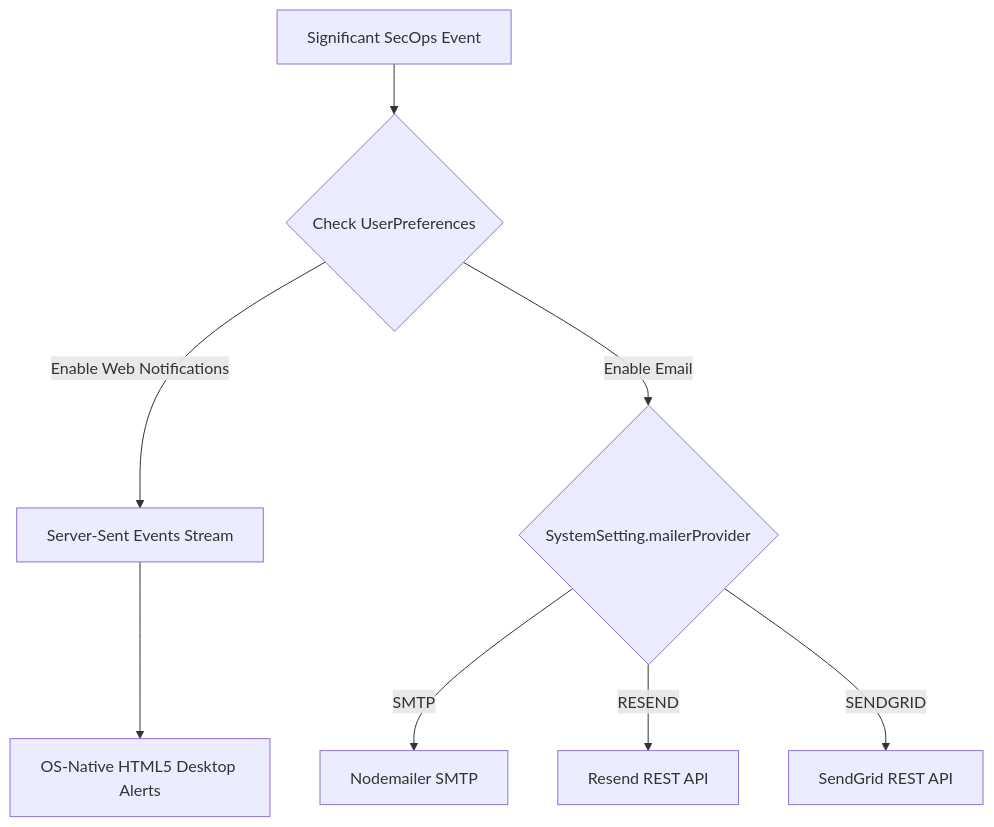
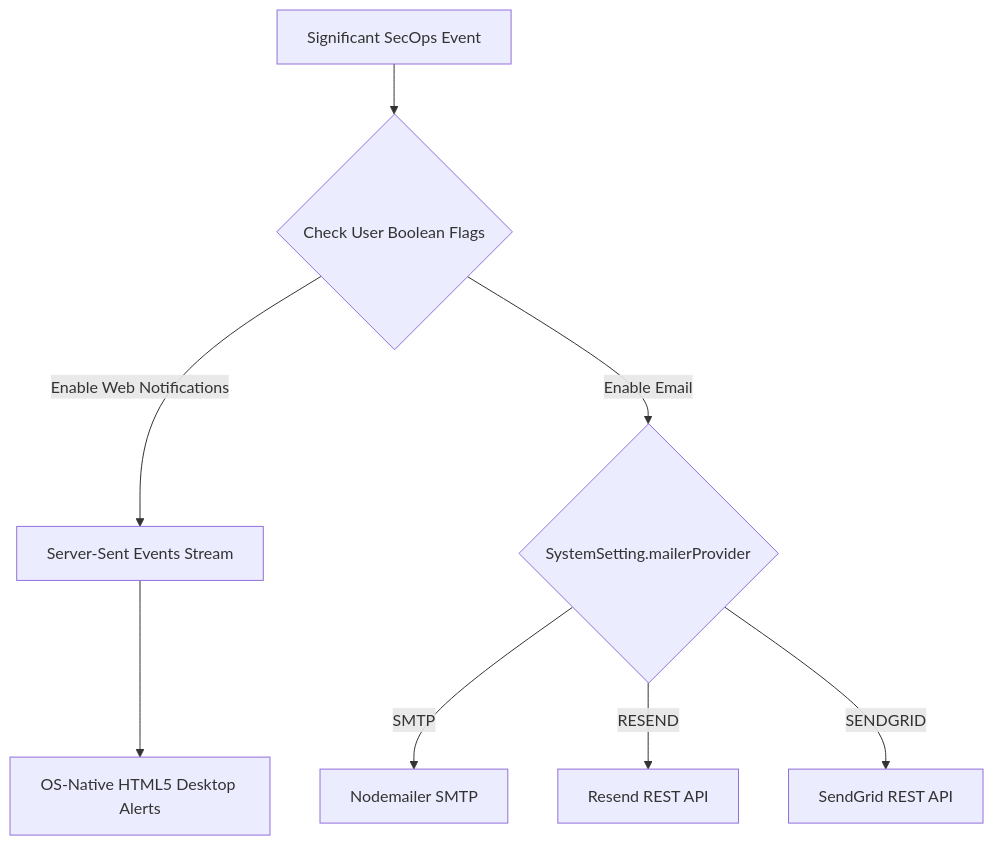
Before and after one commit to Cyber-Sec-Space/openticket: the fifth of 7 diagrams in docs/ARCHITECTURE.md, drawn with Mermaid. The commit also changed other lines of this file and 1 other file, not shown here.

Commit message:
docs: Fix minor architectural claim regarding discrete UserPreference records, correctly attribute to User entity boolean flags

````diff
--- a/docs/ARCHITECTURE.md
+++ b/docs/ARCHITECTURE.md
@@ -237,10 +237,10 @@
 ```mermaid
 graph TD
-    SystemEvent[Significant SecOps Event] --> NotificationRouter{"Check UserPreferences"}
+    SystemEvent[Significant SecOps Event] --> NotificationRouter{"Check User Boolean Flags"}
     NotificationRouter -- "Enable Web Notifications" --> SSEQueue[Server-Sent Events Stream]
     NotificationRouter -- "Enable Email" --> MailerEngine{"SystemSetting.mailerProvider"}
     SSEQueue --> DesktopAlerts[OS-Native HTML5 Desktop Alerts]
     MailerEngine -- "SMTP" --> SMTP_Provider[Nodemailer SMTP]
     MailerEngine -- "RESEND" --> Resend_API[Resend REST API]
     MailerEngine -- "SENDGRID" --> SendGrid_API[SendGrid REST API]
 ```
````
